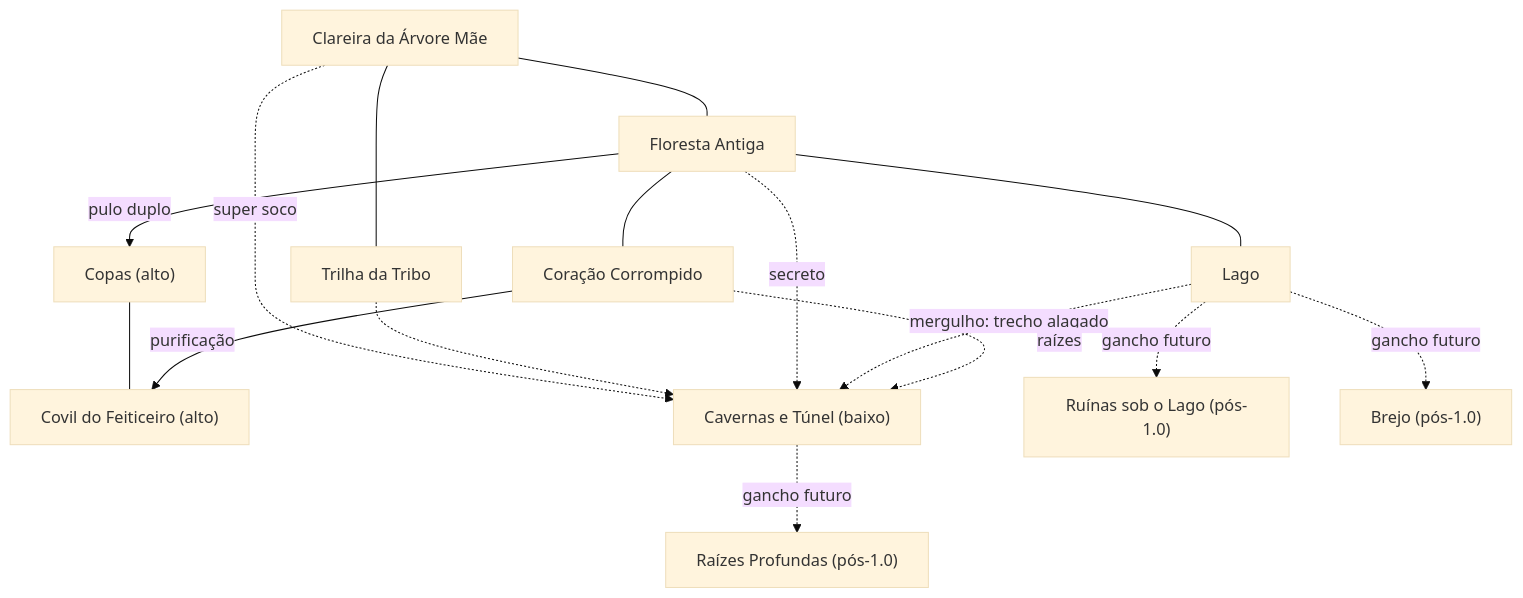
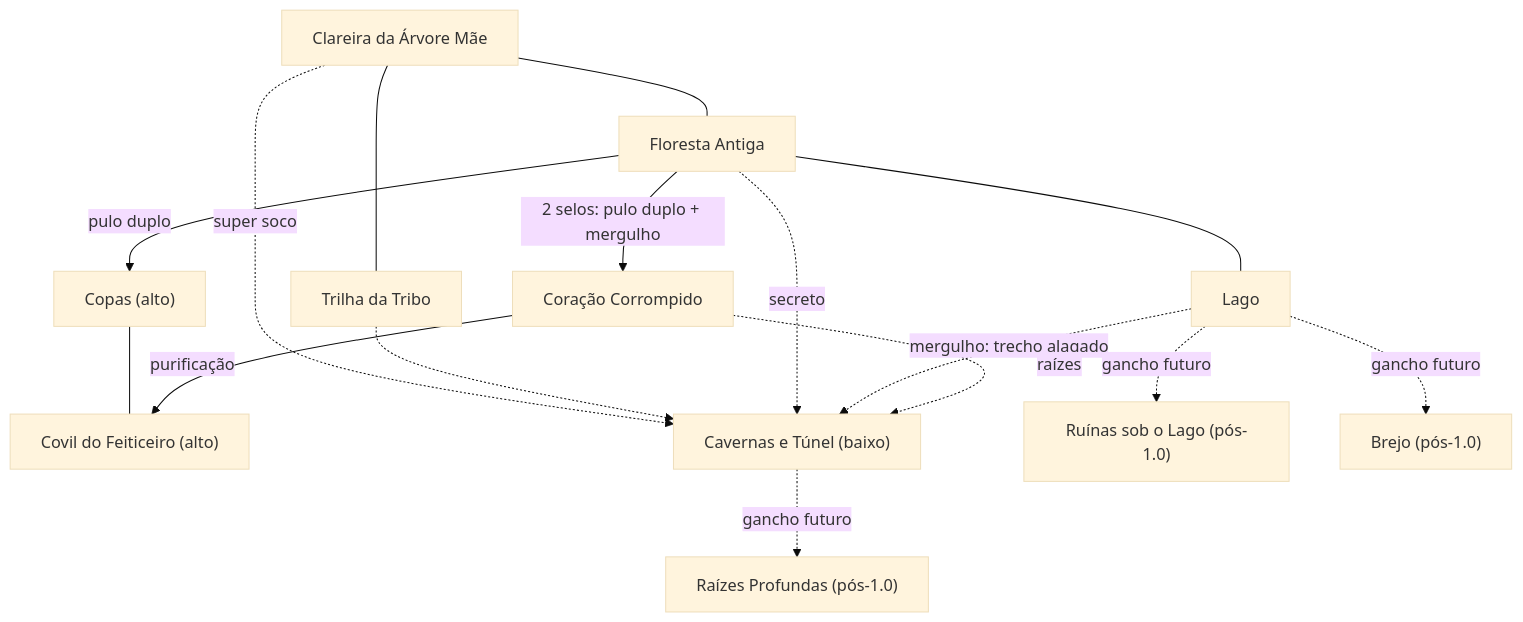
Before and after one commit to Esquilotaku/two-souls: the diagram in docs/brainstorm-mundo-interligado.md, drawn with Mermaid (base theme). The commit also changed other lines of this file and 1 other file, not shown here.

````diff
--- a/docs/brainstorm-mundo-interligado.md
+++ b/docs/brainstorm-mundo-interligado.md
@@ -49,18 +49,18 @@
 ```mermaid
 graph TD
   Copas["Copas (alto)"] --- Covil["Covil do Feiticeiro (alto)"]
   Clareira["Clareira da Árvore Mãe"] --- Floresta["Floresta Antiga"]
-  Floresta --- Coracao["Coração Corrompido"]
+  Floresta -->|2 selos: pulo duplo + mergulho| Coracao["Coração Corrompido"]
   Floresta -->|pulo duplo| Copas
   Clareira --- Trilha["Trilha da Tribo"]
   Floresta --- Lago["Lago"]
   Coracao -->|purificação| Covil
   Clareira -.->|super soco| Cav["Cavernas e Túnel (baixo)"]
   Trilha -.-> Cav
   Floresta -.->|secreto| Cav
   Lago -.->|mergulho: trecho alagado| Cav
   Coracao -.->|raízes| Cav
   Lago -.->|gancho futuro| Ruinas["Ruínas sob o Lago (pós-1.0)"]
   Cav -.->|gancho futuro| Raizes["Raízes Profundas (pós-1.0)"]
   Lago -.->|gancho futuro| Brejo["Brejo (pós-1.0)"]
 ```
````
